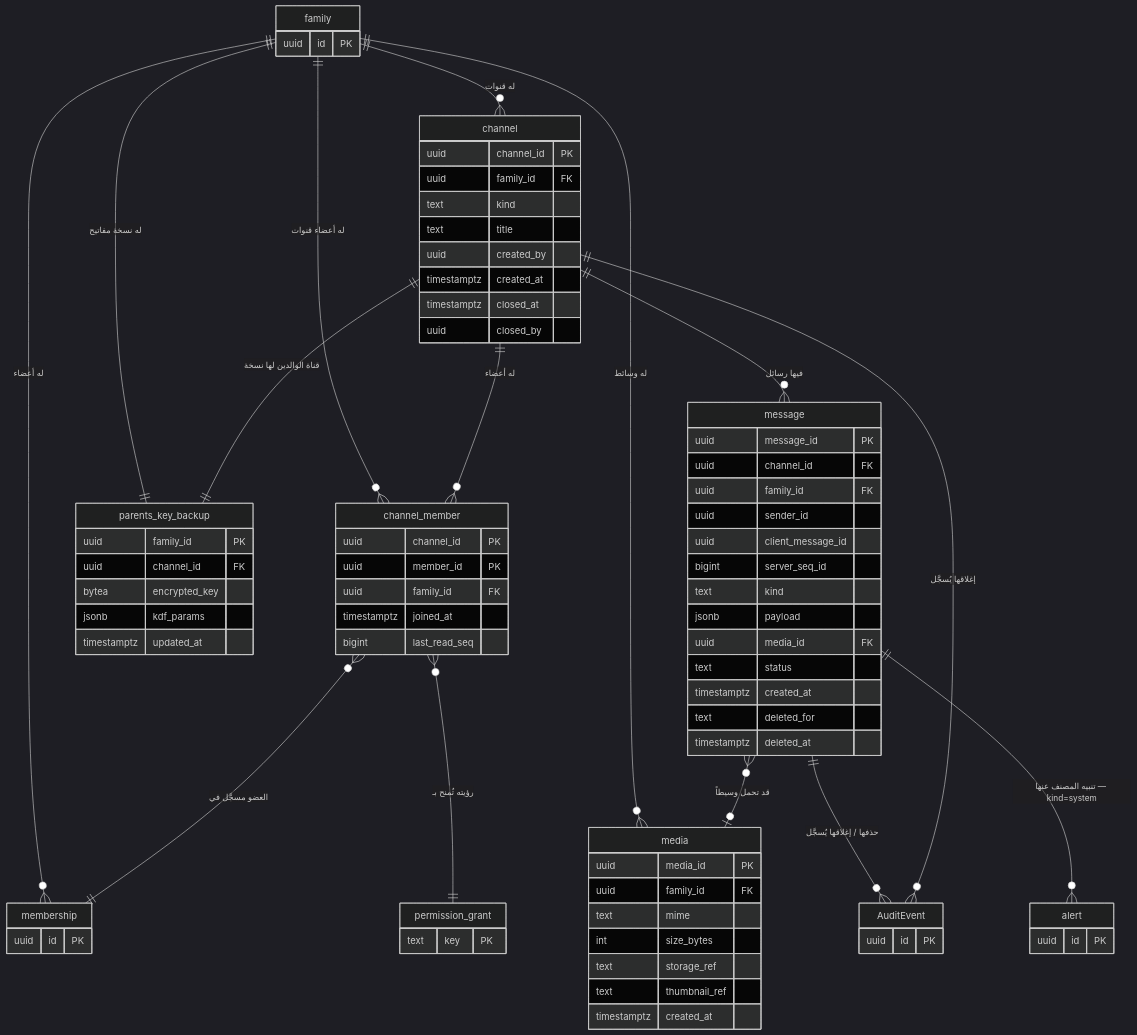
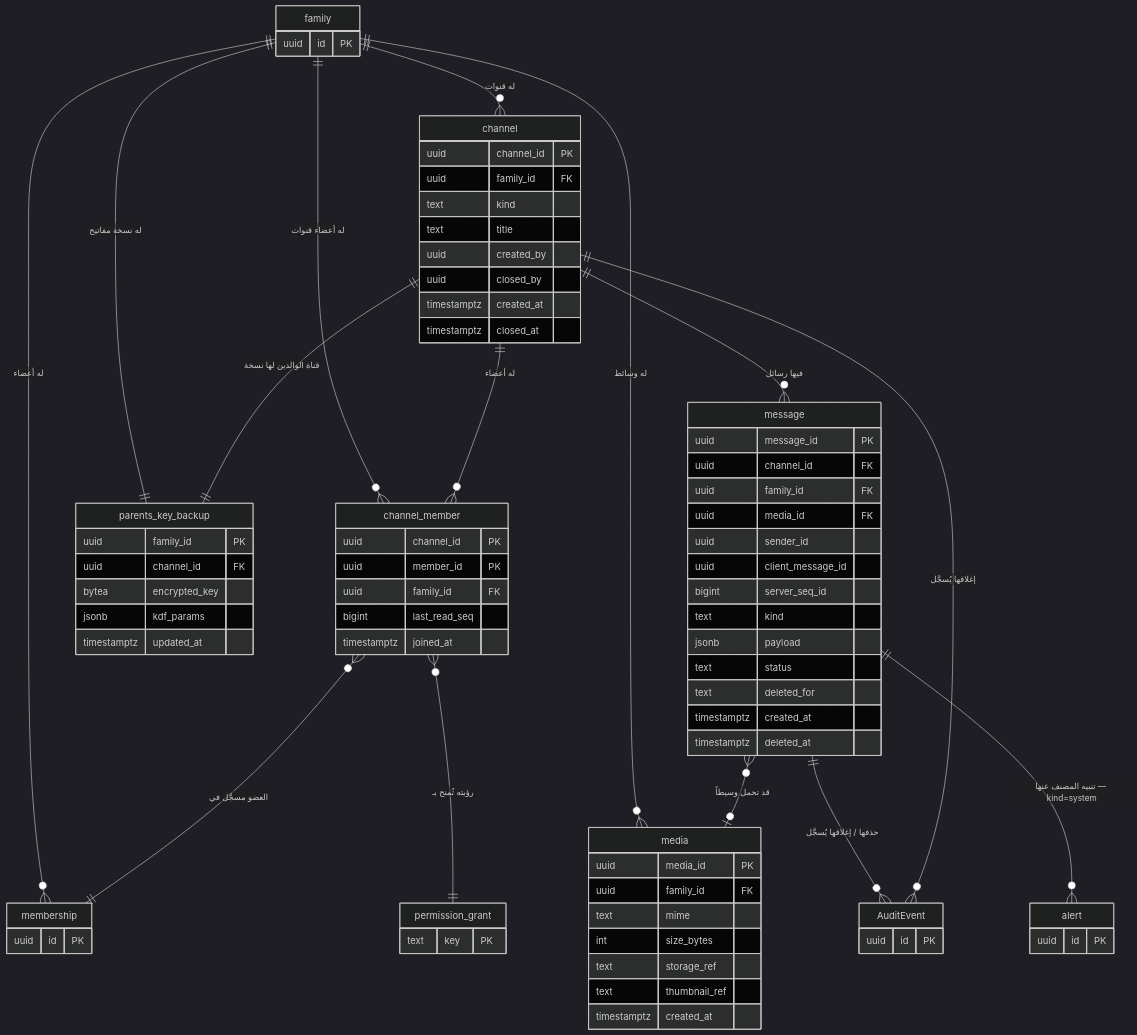
One commit to Bassam-mohammed-alqaeadi/family-os-v2 changed the second of 18 diagrams in docs/family-os/governance/phases/phase-1/S1-08-chat-basic/DIAGRAMS.md. Above: the diagram before and after it, drawn with Mermaid (dark theme). The commit also changed other lines of this file, not shown here.

````diff
--- a/docs/family-os/governance/phases/phase-1/S1-08-chat-basic/DIAGRAMS.md
+++ b/docs/family-os/governance/phases/phase-1/S1-08-chat-basic/DIAGRAMS.md
@@ -104,81 +119,81 @@
 ```mermaid
 erDiagram
     family ||--o{ channel : "له قنوات"
     family ||--o{ channel_member : "له أعضاء قنوات"
     family ||--o{ media : "له وسائط"
     family ||--|| parents_key_backup : "له نسخة مفاتيح"
     family ||--o{ membership : "له أعضاء"
     channel ||--o{ channel_member : "له أعضاء"
     channel ||--o{ message : "فيها رسائل"
     channel ||--|| parents_key_backup : "قناة الوالدين لها نسخة"
     channel_member }o--|| membership : "العضو مسجَّل في"
     message }o--o| media : "قد تحمل وسيطاً"
     message ||--o{ AuditEvent : "حذفها / إغلاقها يُسجَّل"
     channel ||--o{ AuditEvent : "إغلاقها يُسجَّل"
     channel_member }o--|| permission_grant : "رؤيته تُمنح بـ"
     message ||--o{ alert : "تنبيه المصنف عنها — kind=system"
 
     channel {
         uuid channel_id PK
         uuid family_id FK
         text kind
         text title
         uuid created_by
+        uuid closed_by
         timestamptz created_at
         timestamptz closed_at
-        uuid closed_by
     }
     channel_member {
         uuid channel_id PK
         uuid member_id PK
         uuid family_id FK
+        bigint last_read_seq
         timestamptz joined_at
-        bigint last_read_seq
     }
     message {
         uuid message_id PK
         uuid channel_id FK
         uuid family_id FK
+        uuid media_id FK
         uuid sender_id
         uuid client_message_id
         bigint server_seq_id
         text kind
         jsonb payload
-        uuid media_id FK
         text status
+        text deleted_for
         timestamptz created_at
-        text deleted_for
         timestamptz deleted_at
     }
     media {
         uuid media_id PK
         uuid family_id FK
         text mime
         int size_bytes
         text storage_ref
         text thumbnail_ref
         timestamptz created_at
     }
     parents_key_backup {
         uuid family_id PK
         uuid channel_id FK
         bytea encrypted_key
         jsonb kdf_params
         timestamptz updated_at
     }
     family {
         uuid id PK
     }
     membership {
         uuid id PK
     }
     permission_grant {
         text key PK
     }
     alert {
         uuid id PK
     }
     AuditEvent {
         uuid id PK
     }
 ```
````
